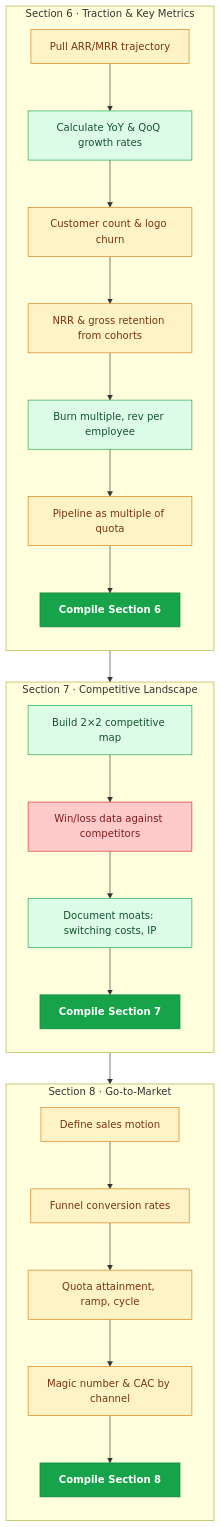
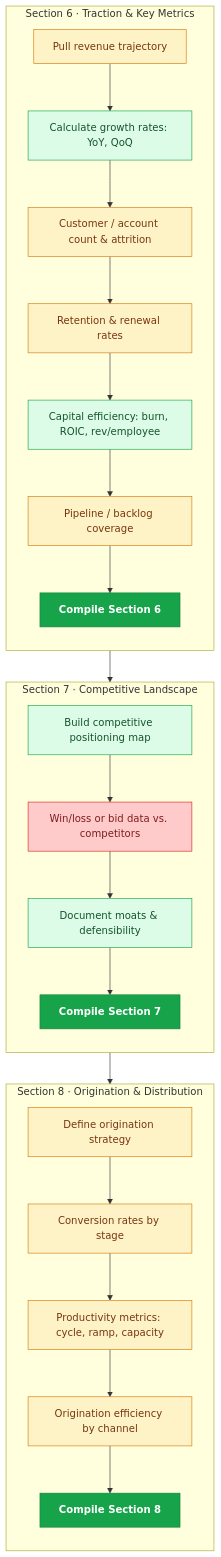
The sixth of 16 diagrams in README.md (mrchanpark/IC-Memo-Flow-Chart-V2), drawn with Mermaid before and after one commit. The commit also changed other lines of this file and 2 other files, not shown here.

````diff
--- a/README.md
+++ b/README.md
@@ -141,30 +142,30 @@
 ```mermaid
 flowchart TB
   subgraph TRAC["Section 6 · Traction & Key Metrics"]
     direction TB
-    T1["Pull ARR/MRR trajectory"]:::yel --> T2["Calculate YoY & QoQ growth rates"]:::grn
-    T2 --> T3["Customer count & logo churn"]:::yel
-    T3 --> T4["NRR & gross retention from cohorts"]:::yel
-    T4 --> T5["Burn multiple, rev per employee"]:::grn
-    T5 --> T6["Pipeline as multiple of quota"]:::yel
+    T1["Pull revenue trajectory"]:::yel --> T2["Calculate growth rates: YoY, QoQ"]:::grn
+    T2 --> T3["Customer / account count & attrition"]:::yel
+    T3 --> T4["Retention & renewal rates"]:::yel
+    T4 --> T5["Capital efficiency: burn, ROIC, rev/employee"]:::grn
+    T5 --> T6["Pipeline / backlog coverage"]:::yel
     T6 --> T7["Compile Section 6"]:::grnC
   end
   subgraph COMP["Section 7 · Competitive Landscape"]
     direction TB
-    C1["Build 2×2 competitive map"]:::grn --> C2["Win/loss data against competitors"]:::red
-    C2 --> C3["Document moats: switching costs, IP"]:::grn
+    C1["Build competitive positioning map"]:::grn --> C2["Win/loss or bid data vs. competitors"]:::red
+    C2 --> C3["Document moats & defensibility"]:::grn
     C3 --> C4["Compile Section 7"]:::grnC
   end
-  subgraph GTM["Section 8 · Go-to-Market"]
+  subgraph GTM["Section 8 · Origination & Distribution"]
     direction TB
-    G1x["Define sales motion"]:::yel --> G2x["Funnel conversion rates"]:::yel
-    G2x --> G3x["Quota attainment, ramp, cycle"]:::yel
-    G3x --> G4x["Magic number & CAC by channel"]:::yel
+    G1x["Define origination strategy"]:::yel --> G2x["Conversion rates by stage"]:::yel
+    G2x --> G3x["Productivity metrics: cycle, ramp, capacity"]:::yel
+    G3x --> G4x["Origination efficiency by channel"]:::yel
     G4x --> G5x["Compile Section 8"]:::grnC
   end
   TRAC --> COMP --> GTM
   classDef red fill:#fecaca,stroke:#dc2626,color:#7f1d1d
   classDef yel fill:#fef3c7,stroke:#d97706,color:#78350f
   classDef grn fill:#dcfce7,stroke:#16a34a,color:#14532d
   classDef grnC fill:#16a34a,stroke:#15803d,color:#fff,font-weight:700
 ```
````
